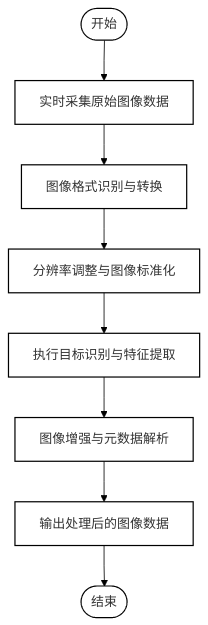
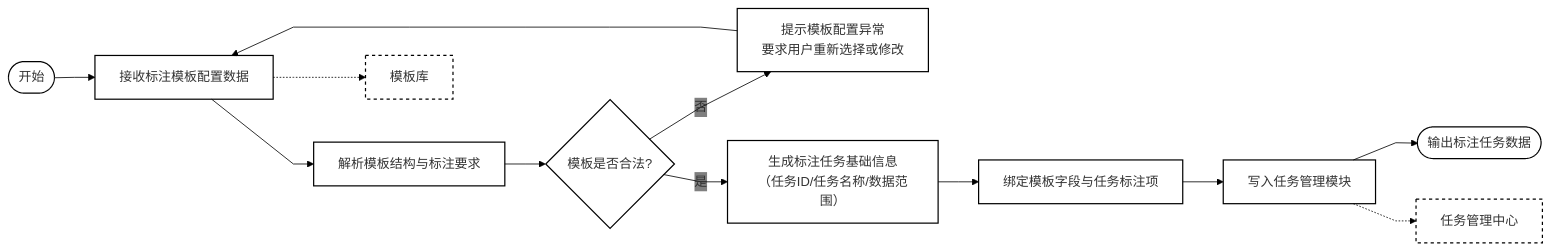
The diagram in all/未命名-1.md (dremup/iodraw-files), drawn with Mermaid before and after one commit.

Commit message:
2025-11-14 14:14:12 update

````diff
--- a/all/未命名-1.md
+++ b/all/未命名-1.md
@@ -1,29 +1,46 @@
 ```mermaid
 %%{init:{
-  "flowchart":{"direction":"TB","curve":"linear","htmlLabels":true},
+  "flowchart":{"direction":"LR","curve":"linear","htmlLabels":true},
   "themeVariables":{
     "background":"transparent",
     "edgeLabelBackground":"transparent",
-    "primaryTextColor":"#000000",
-    "lineColor":"#000000",
+    "primaryTextColor":"#000",
+    "lineColor":"#000",
     "fontSize":"16px"
   },
   "themeCSS":".edgeLabel rect{fill:transparent!important;stroke:transparent!important;}"
 }}%%
-flowchart TB
-  A([开始]):::ellipse --> B[实时采集原始图像数据]:::rect
-  B --> C[图像格式识别与转换]:::rect
-  C --> D[分辨率调整与图像标准化]:::rect
-  D --> E[执行目标识别与特征提取]:::rect
-  E --> F[图像增强与元数据解析]:::rect
-  F --> G[输出处理后的图像数据]:::rect
-  G --> H([结束]):::ellipse
+flowchart LR
+
+  A([开始]):::ellipse --> B[接收标注模板配置数据]:::rect
+  B --> C[解析模板结构与标注要求]:::rect
+
+  %% 分支判断
+  C --> D{模板是否合法?}:::diamond
+
+  %% 不合法分支
+  D -->|否| E[提示模板配置异常<br/>要求用户重新选择或修改]:::rect
+  E --> B
+
+  %% 合法主流程
+  D -->|是| F[生成标注任务基础信息<br/>（任务ID/任务名称/数据范围）]:::rect
+  F --> G[绑定模板字段与任务标注项]:::rect
+  G --> H[写入任务管理模块]:::rect
+  H --> I([输出标注任务数据]):::ellipse
+
+  %% 辅助节点
+  B -.-> M[模板库]:::dashed
+  H -.-> N[任务管理中心]:::dashed
 
   %% 样式定义
-  linkStyle default interpolate linear;
-  classDef ellipse fill:transparent,stroke:#000,stroke-width:1.5px,rx:25,ry:25;
+  classDef ellipse fill:transparent,stroke:#000,stroke-width:1.5px,rx:20,ry:20;
   classDef rect fill:transparent,stroke:#000,stroke-width:1.5px;
-  class A,H ellipse;
-  class B,C,D,E,F,G rect;
+  classDef diamond fill:transparent,stroke:#000,stroke-width:1.5px;
+  classDef dashed fill:transparent,stroke:#000,stroke-width:1.5px,stroke-dasharray:4 4;
+
+  class A,I ellipse;
+  class B,C,E,F,G,H rect;
+  class D diamond;
+  class M,N dashed;
 
 ```
````
